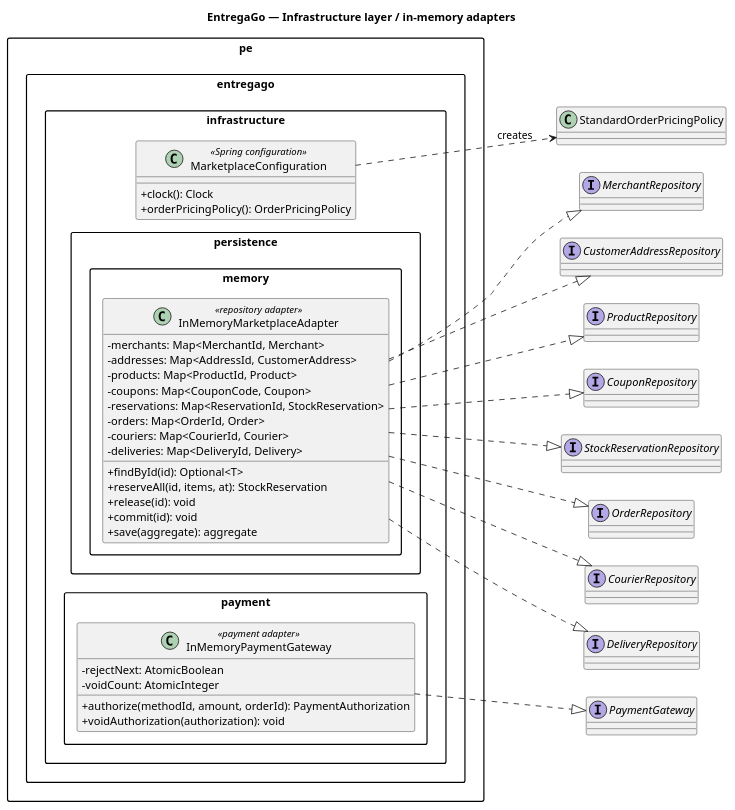
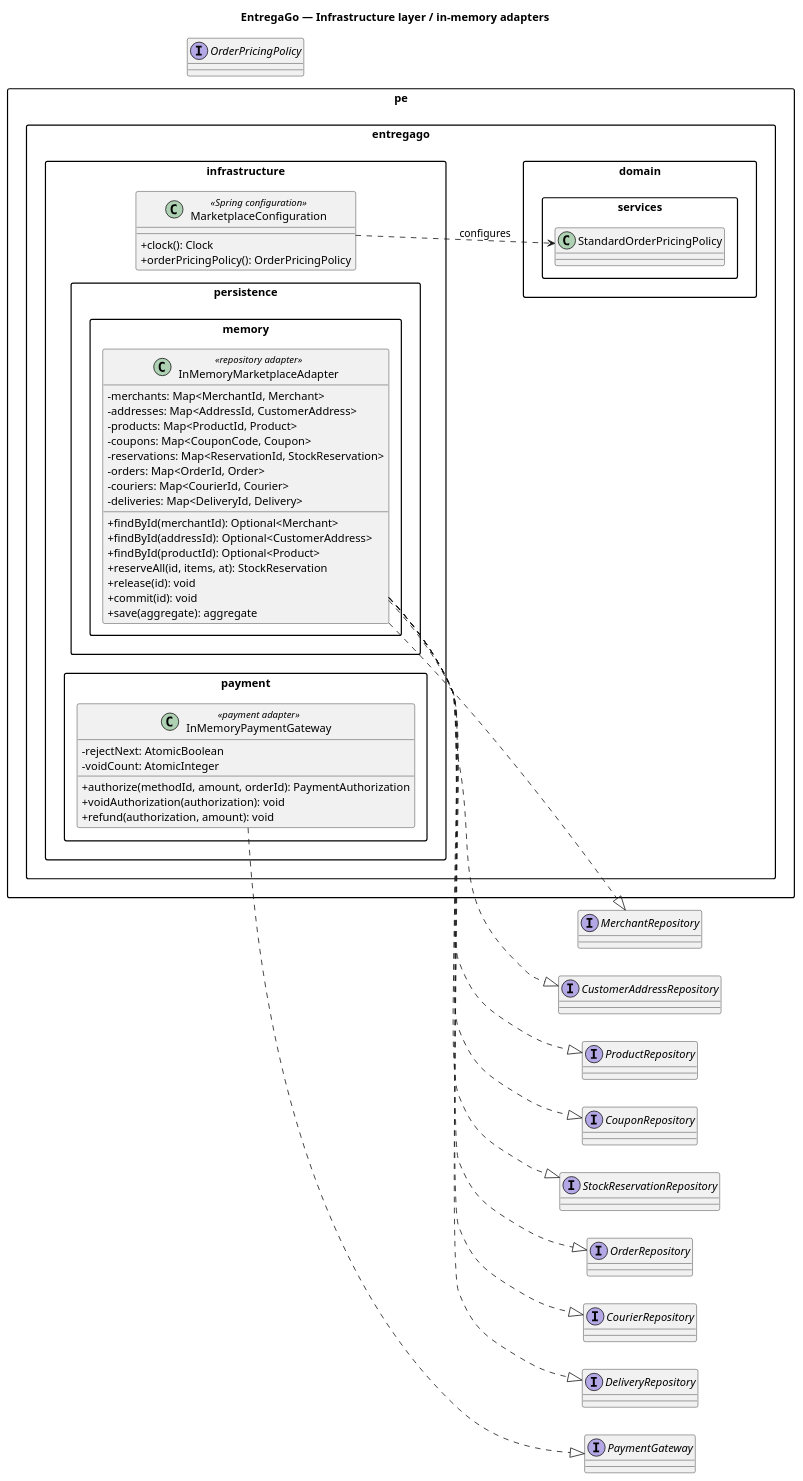
The diagram in diagrams/infrastructure-layer.puml (zGIKS/parcial-experimentos), drawn with PlantUML before and after one commit. The commit also changed 25 other files, not shown here.

First line of the commit message:
feat: Enhance order management with substitution proposals and domain events

```diff
--- a/diagrams/infrastructure-layer.puml
+++ b/diagrams/infrastructure-layer.puml
@@ -1,59 +1,65 @@
 @startuml
 title EntregaGo — Infrastructure layer / in-memory adapters
 left to right direction
 skinparam classAttributeIconSize 0
 skinparam packageStyle rectangle
 skinparam shadowing false
 
 package "pe.entregago.infrastructure.persistence.memory" {
   class InMemoryMarketplaceAdapter <<repository adapter>> {
     -merchants: Map<MerchantId, Merchant>
     -addresses: Map<AddressId, CustomerAddress>
     -products: Map<ProductId, Product>
     -coupons: Map<CouponCode, Coupon>
     -reservations: Map<ReservationId, StockReservation>
     -orders: Map<OrderId, Order>
     -couriers: Map<CourierId, Courier>
     -deliveries: Map<DeliveryId, Delivery>
-    +findById(id): Optional<T>
+    +findById(merchantId): Optional<Merchant>
+    +findById(addressId): Optional<CustomerAddress>
+    +findById(productId): Optional<Product>
     +reserveAll(id, items, at): StockReservation
     +release(id): void
     +commit(id): void
     +save(aggregate): aggregate
   }
 }
 package "pe.entregago.infrastructure.payment" {
   class InMemoryPaymentGateway <<payment adapter>> {
     -rejectNext: AtomicBoolean
     -voidCount: AtomicInteger
     +authorize(methodId, amount, orderId): PaymentAuthorization
     +voidAuthorization(authorization): void
+    +refund(authorization, amount): void
   }
 }
 package "pe.entregago.infrastructure" {
   class MarketplaceConfiguration <<Spring configuration>> {
     +clock(): Clock
     +orderPricingPolicy(): OrderPricingPolicy
   }
 }
 interface MerchantRepository
 interface CustomerAddressRepository
 interface ProductRepository
 interface CouponRepository
 interface StockReservationRepository
 interface OrderRepository
 interface CourierRepository
 interface DeliveryRepository
 interface PaymentGateway
-class StandardOrderPricingPolicy
+interface OrderPricingPolicy
+package "pe.entregago.domain.services" {
+  class StandardOrderPricingPolicy
+}
 InMemoryMarketplaceAdapter ..|> MerchantRepository
 InMemoryMarketplaceAdapter ..|> CustomerAddressRepository
 InMemoryMarketplaceAdapter ..|> ProductRepository
 InMemoryMarketplaceAdapter ..|> CouponRepository
 InMemoryMarketplaceAdapter ..|> StockReservationRepository
 InMemoryMarketplaceAdapter ..|> OrderRepository
 InMemoryMarketplaceAdapter ..|> CourierRepository
 InMemoryMarketplaceAdapter ..|> DeliveryRepository
 InMemoryPaymentGateway ..|> PaymentGateway
-MarketplaceConfiguration ..> StandardOrderPricingPolicy : creates
+MarketplaceConfiguration ..> StandardOrderPricingPolicy : configures
 @enduml
```
